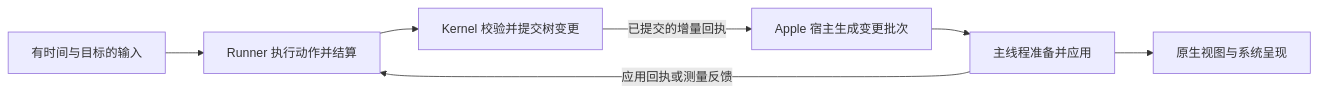
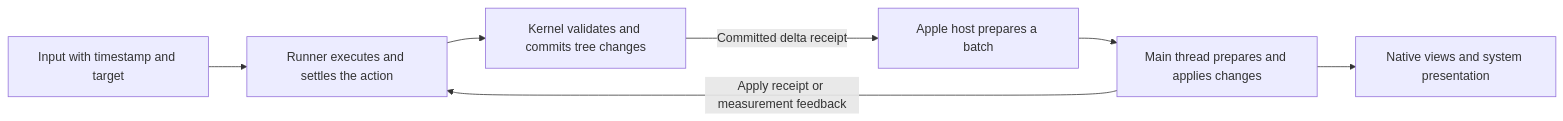
The diagram in docs/research/exact-architecture.md (devxiyang/octara), drawn with Mermaid before and after one commit. The commit also changed other lines of this file and 55 other files, not shown here.

````diff
--- a/docs/research/exact-architecture.md
+++ b/docs/research/exact-architecture.md
@@ -15,9 +15,9 @@
 ```mermaid
 flowchart LR
-    I["有时间与目标的输入"] --> R["Runner 执行动作并结算"]
-    R --> K["Kernel 校验并提交树变更"]
-    K -->|"已提交的增量回执"| H["Apple 宿主生成变更批次"]
-    H --> A["主线程准备并应用"]
-    A --> N["原生视图与系统呈现"]
-    A -->|"应用回执或测量反馈"| R
+    I["Input with timestamp and target"] --> R["Runner executes and settles the action"]
+    R --> K["Kernel validates and commits tree changes"]
+    K -->|"Committed delta receipt"| H["Apple host prepares a batch"]
+    H --> A["Main thread prepares and applies changes"]
+    A --> N["Native views and system presentation"]
+    A -->|"Apply receipt or measurement feedback"| R
 ```
````
